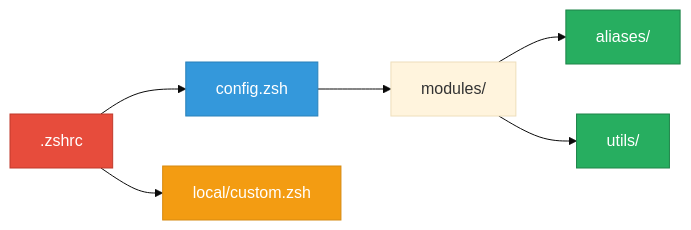
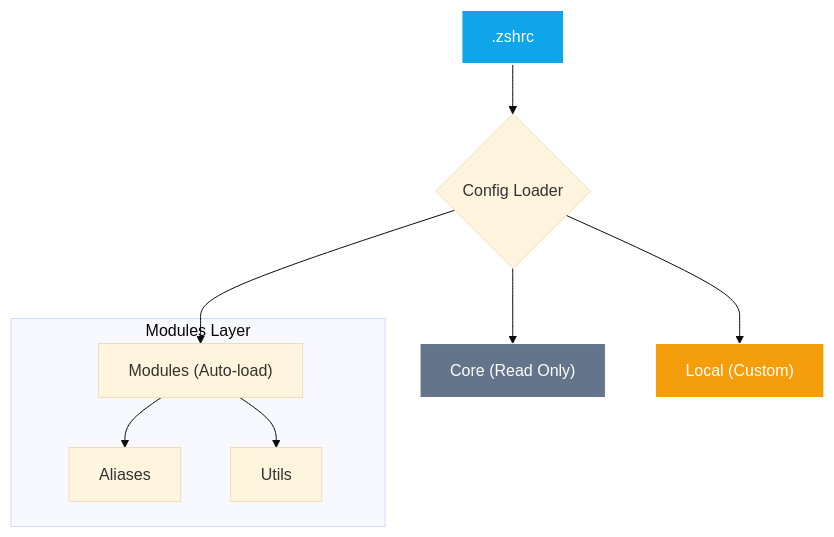
The diagram in README.md (yanix2445/zsh-boost), drawn with Mermaid (base theme) before and after one commit. The commit also changed other lines of this file, not shown here.

Commit message:
docs(readme): Refonte complète avec header animé et architecture Mermaid

````diff
--- a/README.md
+++ b/README.md
@@ -43,15 +44,16 @@
 ```mermaid
-flowchart LR
-    A[".zshrc"] --> B["config.zsh"]
-    B --> C["modules/"]
-    A --> D["local/custom.zsh"]
+graph TD
+    A[".zshrc"] --> B{"Config Loader"}
+    B --> C["Core (Read Only)"]
+    B --> D["Modules (Auto-load)"]
+    B --> E["Local (Custom)"]
     
-    C --> E["aliases/"]
-    C --> F["utils/"]
-
-    style A fill:#e74c3c,stroke:#c0392b,color:#fff
-    style B fill:#3498db,stroke:#2980b9,color:#fff
-    style D fill:#f39c12,stroke:#d68910,color:#fff
-    style E fill:#27ae60,stroke:#1e8449,color:#fff
-    style F fill:#27ae60,stroke:#1e8449,color:#fff
+    subgraph "Modules Layer"
+    D --> D1["Aliases"]
+    D --> D2["Utils"]
+    end
+    
+    style A fill:#0ea5e9,stroke:#fff,stroke-width:2px,color:#fff
+    style C fill:#64748b,stroke:#fff,color:#fff
+    style E fill:#f59e0b,stroke:#fff,color:#fff
 ```
````
